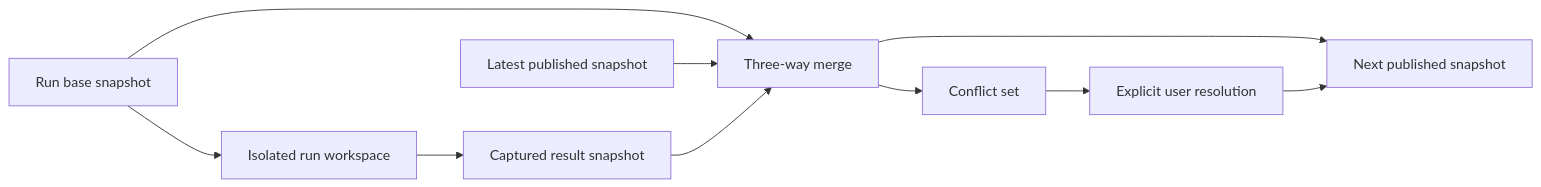
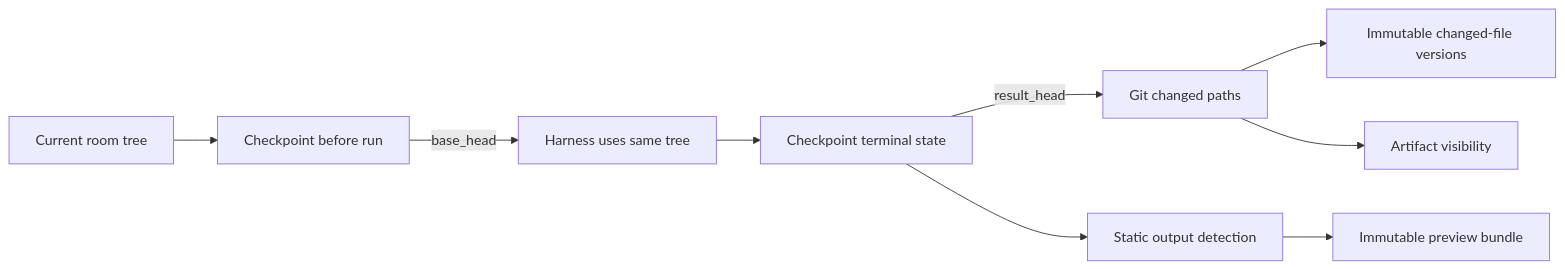
One commit to riffi/agenvyl changed the fourth of 4 diagrams in docs/architecture/overview.md. Above: the diagram before and after it, drawn with Mermaid. The commit also changed other lines of this file and 42 other files, not shown here.

````diff
--- a/docs/architecture/overview.md
+++ b/docs/architecture/overview.md
@@ -208,12 +185,11 @@
 ```mermaid
 flowchart LR
-  Base[Run base snapshot] --> Run[Isolated run workspace]
-  Run --> Result[Captured result snapshot]
-  Base --> Merge[Three-way merge]
-  Latest[Latest published snapshot] --> Merge
-  Result --> Merge
-  Merge --> Next[Next published snapshot]
-  Merge --> Conflicts[Conflict set]
-  Conflicts --> Resolution[Explicit user resolution]
-  Resolution --> Next
+  Dirty[Current room tree] --> Prepare[Checkpoint before run]
+  Prepare -->|base_head| Run[Harness uses same tree]
+  Run --> Final[Checkpoint terminal state]
+  Final -->|result_head| Diff[Git changed paths]
+  Diff --> Versions[Immutable changed-file versions]
+  Diff --> Policy[Artifact visibility]
+  Final --> Detection[Static output detection]
+  Detection --> Bundle[Immutable preview bundle]
 ```
````
